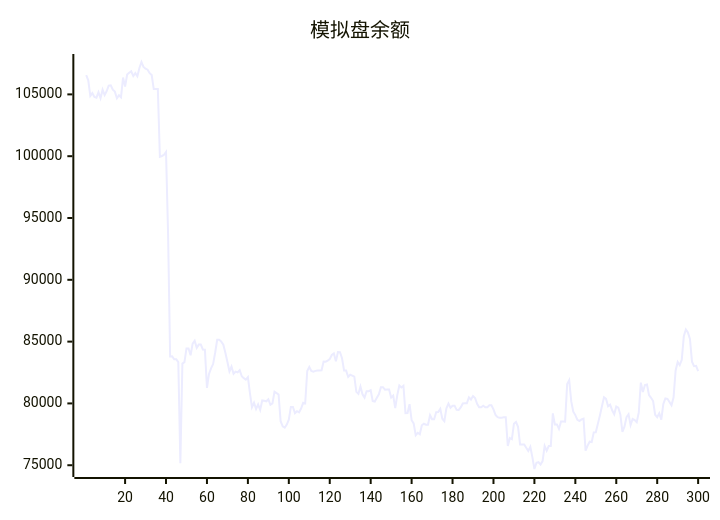
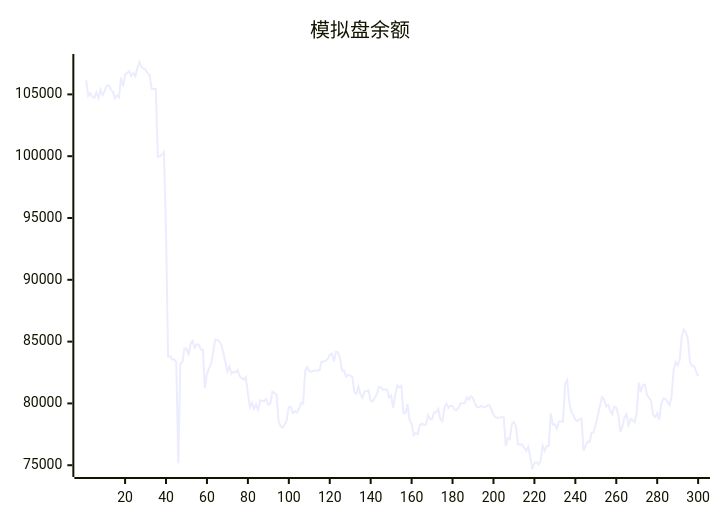
The diagram in README.md (aahl/ai-trading), drawn with Mermaid before and after one commit. The commit also changed other lines of this file and 1 other file, not shown here.

````diff
--- a/README.md
+++ b/README.md
@@ -5,5 +5,5 @@
 ```mermaid
 xychart
     title "模拟盘余额"
-    line [106565,106141,104876,105103,104796,104734,105169,104690,105380,104941,105272,105709,105739,105374,105227,104691,104924,104762,106364,105628,106608,106748,106872,106485,106721,106468,107132,107620,107224,107080,107001,106717,106567,105431,105431,105440,99950,100017,100113,100337,93749,83795,83807,83567,83567,83342,75168,83222,83336,84448,84449,83896,84839,85065,84499,84757,84757,84364,84347,81254,82385,82835,83184,84099,85150,85150,85002,84751,84096,83356,82582,82983,82404,82572,82512,82688,82200,82047,81920,82125,80840,79688,80060,79552,79920,79470,80236,80208,80170,80336,79894,80006,80954,80837,80712,78561,78139,78037,78293,78682,79720,79720,79214,79372,79279,79591,80046,79993,82625,82950,82626,82571,82633,82670,82670,82681,83386,83378,83464,83579,83920,84037,83402,84160,84142,83652,82655,82655,82145,82315,82243,82163,80934,80770,81371,80742,80468,80989,80989,81067,80191,80155,80450,80737,81309,81309,81106,81119,81119,80471,80631,79624,80670,81448,81290,81429,79212,79222,79940,78643,78380,77432,77623,77504,78235,78358,78284,78277,79048,78714,78714,79290,79308,79567,78763,78563,79603,79988,79652,79813,79813,79476,79469,79673,79995,80015,80015,80486,80314,80600,80436,79966,79689,79689,79819,79692,79692,79850,79850,79518,79071,78889,78850,78850,78878,78878,76554,77202,77103,78357,78510,78106,76678,76677,76672,76411,76159,76485,75656,74695,75197,75246,75052,75334,76564,76179,76553,76551,79196,78300,78300,77944,78531,78531,78521,81564,81884,80160,79335,79055,78675,78580,78708,78764,76179,76586,76902,76876,77658,77669,78346,79023,79769,80497,80366,79761,79896,79448,79126,79749,79658,79097,77695,78114,78888,79126,78249,78738,78653,78478,79271,81680,80923,81488,81527,80681,80455,80190,79084,78879,79193,78686,79954,80403,80374,80118,79848,80491,82665,83351,83098,83525,85430,85983,85737,85221,83378,83014,83043,82613]
+    line [106141,104876,105103,104796,104734,105169,104690,105380,104941,105272,105709,105739,105374,105227,104691,104924,104762,106364,105628,106608,106748,106872,106485,106721,106468,107132,107620,107224,107080,107001,106717,106567,105431,105431,105440,99950,100017,100113,100337,93749,83795,83807,83567,83567,83342,75168,83222,83336,84448,84449,83896,84839,85065,84499,84757,84757,84364,84347,81254,82385,82835,83184,84099,85150,85150,85002,84751,84096,83356,82582,82983,82404,82572,82512,82688,82200,82047,81920,82125,80840,79688,80060,79552,79920,79470,80236,80208,80170,80336,79894,80006,80954,80837,80712,78561,78139,78037,78293,78682,79720,79720,79214,79372,79279,79591,80046,79993,82625,82950,82626,82571,82633,82670,82670,82681,83386,83378,83464,83579,83920,84037,83402,84160,84142,83652,82655,82655,82145,82315,82243,82163,80934,80770,81371,80742,80468,80989,80989,81067,80191,80155,80450,80737,81309,81309,81106,81119,81119,80471,80631,79624,80670,81448,81290,81429,79212,79222,79940,78643,78380,77432,77623,77504,78235,78358,78284,78277,79048,78714,78714,79290,79308,79567,78763,78563,79603,79988,79652,79813,79813,79476,79469,79673,79995,80015,80015,80486,80314,80600,80436,79966,79689,79689,79819,79692,79692,79850,79850,79518,79071,78889,78850,78850,78878,78878,76554,77202,77103,78357,78510,78106,76678,76677,76672,76411,76159,76485,75656,74695,75197,75246,75052,75334,76564,76179,76553,76551,79196,78300,78300,77944,78531,78531,78521,81564,81884,80160,79335,79055,78675,78580,78708,78764,76179,76586,76902,76876,77658,77669,78346,79023,79769,80497,80366,79761,79896,79448,79126,79749,79658,79097,77695,78114,78888,79126,78249,78738,78653,78478,79271,81680,80923,81488,81527,80681,80455,80190,79084,78879,79193,78686,79954,80403,80374,80118,79848,80491,82665,83351,83098,83525,85430,85983,85737,85221,83378,83014,83043,82613,82216]
 ```
````
